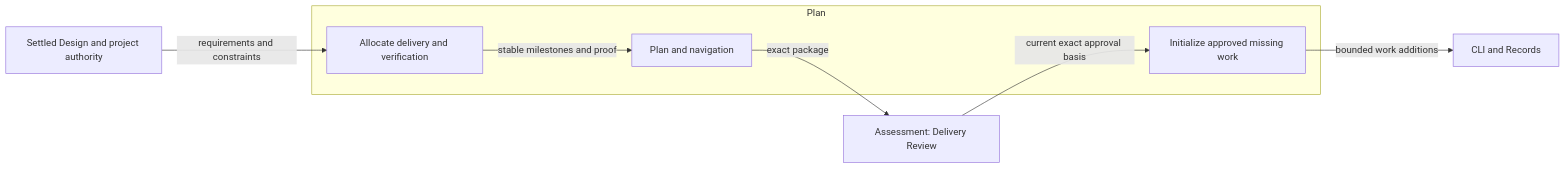
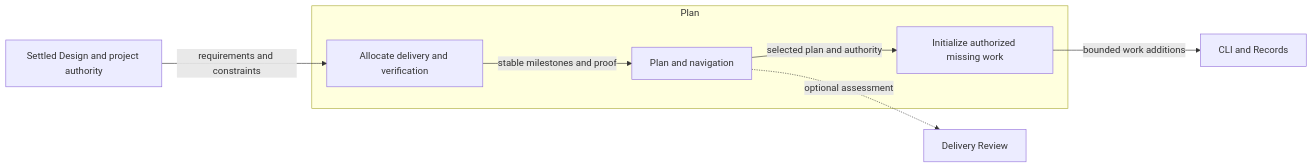
The first of 3 diagrams in design/architecture/modules/MOD-017-engineering-governance/modules/MOD-006-engineering-change-control/planning.md (xiongxianfei/rigorloop), drawn with Mermaid before and after one commit. The commit also changed other lines of this file and 166 other files, not shown here.

````diff
--- a/design/architecture/modules/MOD-017-engineering-governance/modules/MOD-006-engineering-change-control/planning.md
+++ b/design/architecture/modules/MOD-017-engineering-governance/modules/MOD-006-engineering-change-control/planning.md
@@ -30,11 +30,11 @@
 ```mermaid
 flowchart LR
     Basis["Settled Design and project authority"] -->|"requirements and constraints"| Allocate
     subgraph Owned["Plan"]
         Allocate["Allocate delivery and verification"] -->|"stable milestones and proof"| Output["Plan and navigation"]
-        Init["Initialize approved missing work"]
+        Init["Initialize authorized missing work"]
     end
-    Output -->|"exact package"| Review["Assessment: Delivery Review"]
-    Review -->|"current exact approval basis"| Init
+    Output -->|"selected plan and authority"| Init
+    Output -.->|"optional assessment"| Review["Delivery Review"]
     Init -->|"bounded work additions"| Records["CLI and Records"]
 ```
````
